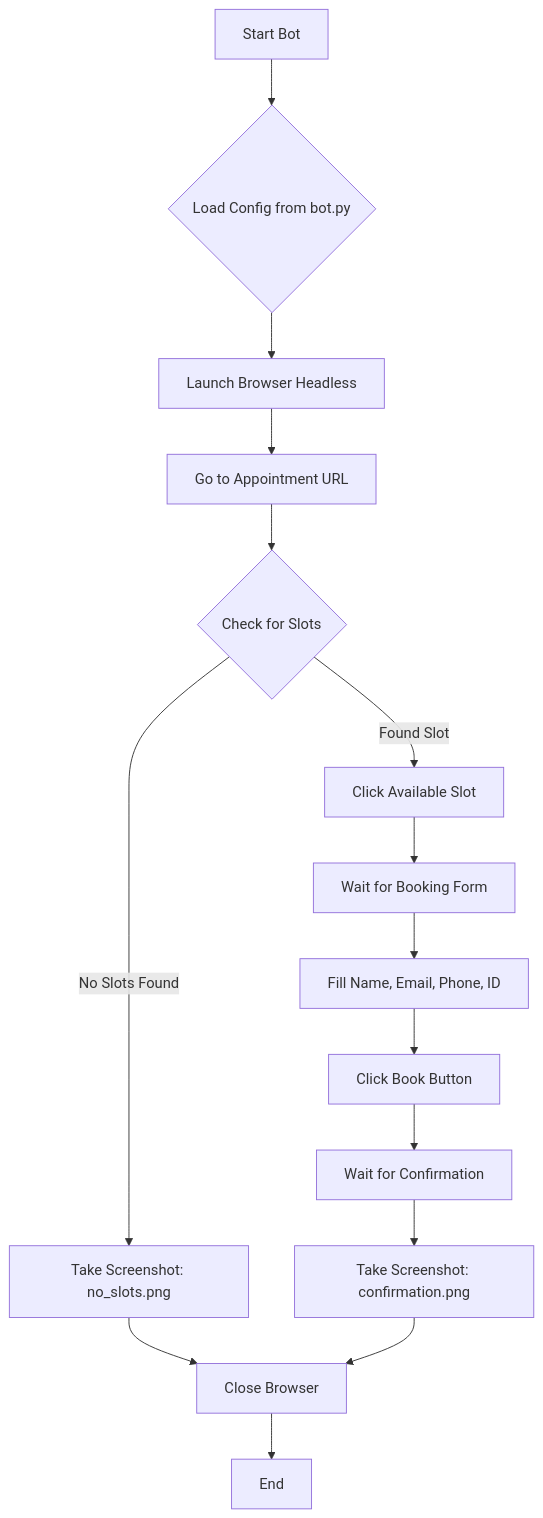
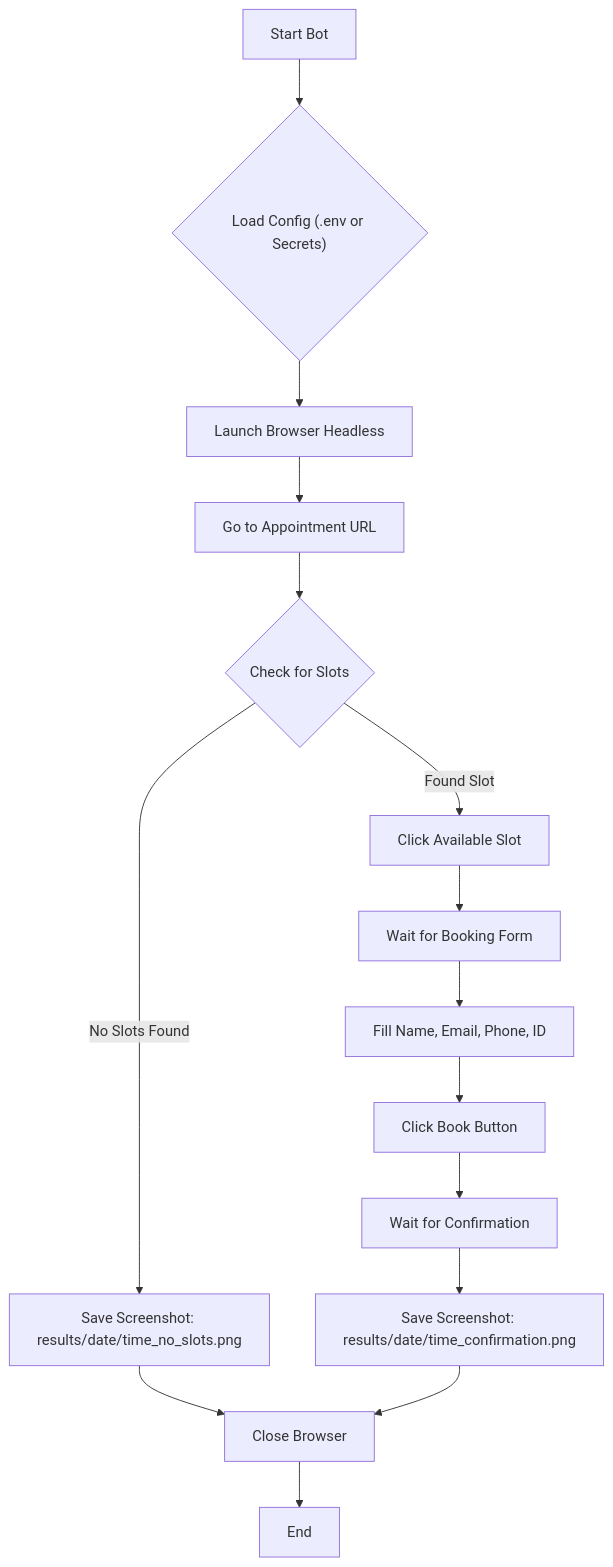
The diagram in README.md (Kritchanaxt/bot-auto-room), drawn with Mermaid before and after one commit. The commit also changed other lines of this file and 4 other files, not shown here.

First line of the commit message:
Organize screenshots in results/ and enhance bot

````diff
--- a/README.md
+++ b/README.md
@@ -13,17 +14,17 @@
 ```mermaid
 graph TD
-    A["Start Bot"] --> B{"Load Config from bot.py"}
+    A["Start Bot"] --> B{"Load Config (.env or Secrets)"}
     B --> C["Launch Browser Headless"]
     C --> D["Go to Appointment URL"]
     D --> E{"Check for Slots"}
-    E -- "No Slots Found" --> F["Take Screenshot: no_slots.png"]
+    E -- "No Slots Found" --> F["Save Screenshot: results/date/time_no_slots.png"]
     F --> G["Close Browser"]
     G --> H["End"]
     E -- "Found Slot" --> I["Click Available Slot"]
     I --> J["Wait for Booking Form"]
     J --> K["Fill Name, Email, Phone, ID"]
     K --> L["Click Book Button"]
     L --> M["Wait for Confirmation"]
-    M --> N["Take Screenshot: confirmation.png"]
+    M --> N["Save Screenshot: results/date/time_confirmation.png"]
     N --> G
 ```
````
